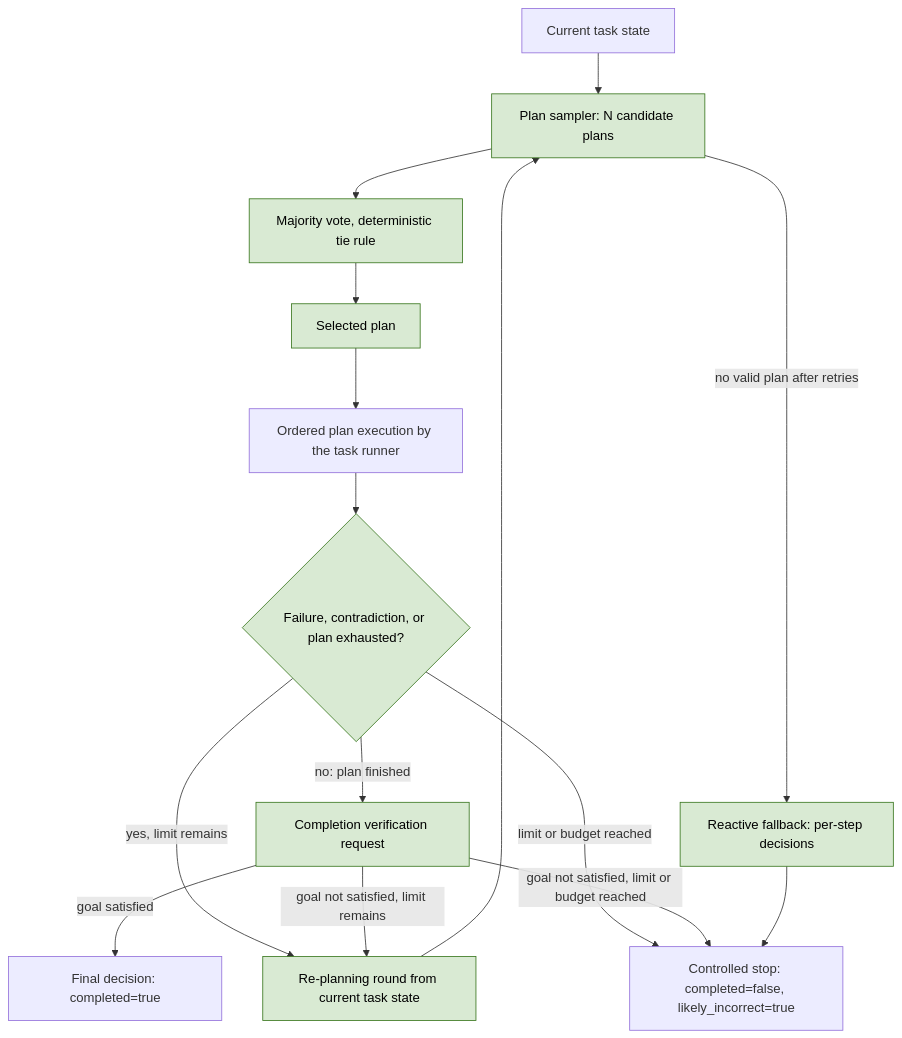
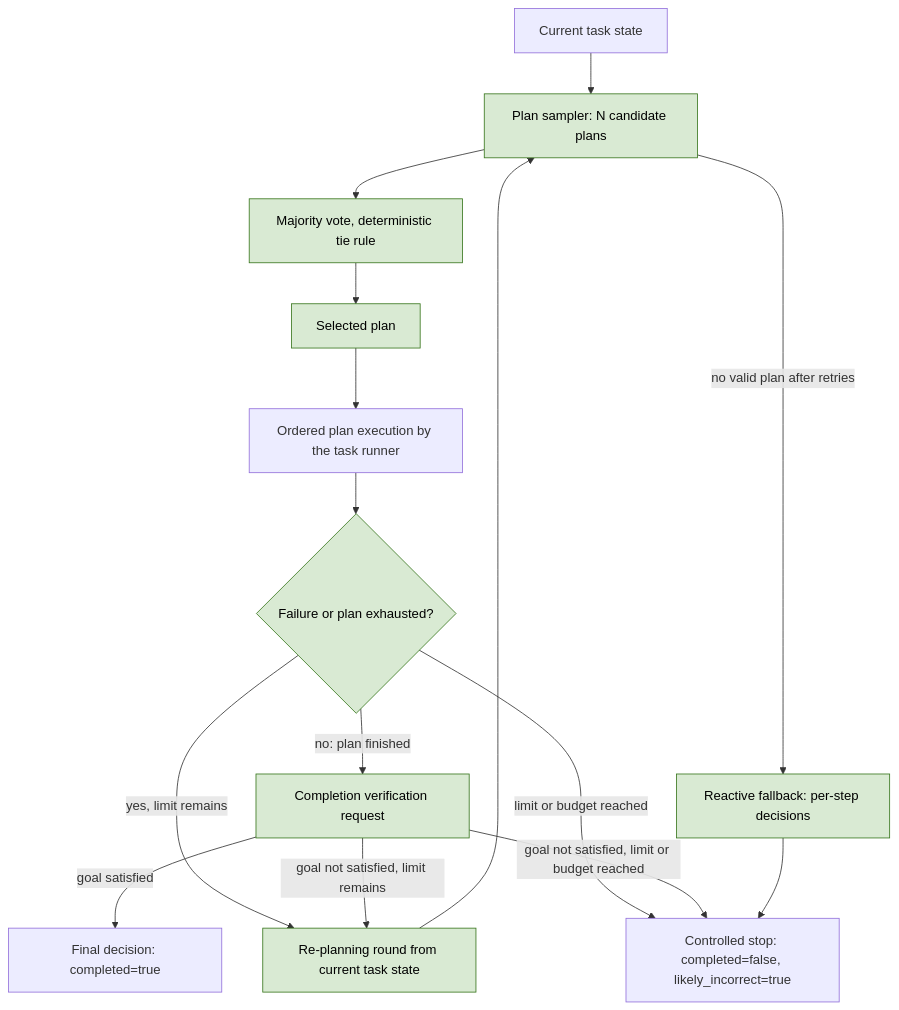
One commit to anton-pershin/reliable-agent changed the second of 2 diagrams in .internal/specs/03-consistent-planning-general-spec.md. Above: the diagram before and after it, drawn with Mermaid. The commit also changed other lines of this file and 11 other files, not shown here.

````diff
--- a/.internal/specs/03-consistent-planning-general-spec.md
+++ b/.internal/specs/03-consistent-planning-general-spec.md
@@ -92,31 +92,31 @@
 ```mermaid
 flowchart TD
   State[Current task state]
   Sampler[Plan sampler: N candidate plans]
   Vote[Majority vote, deterministic tie rule]
   Plan[Selected plan]
   Execute[Ordered plan execution by the task runner]
-  Check{Failure, contradiction, or plan exhausted?}
+  Check{Failure or plan exhausted?}
   Verify[Completion verification request]
   Final[Final decision: completed=true]
   Replan[Re-planning round from current task state]
   Reactive[Reactive fallback: per-step decisions]
   Stop[Controlled stop: completed=false, likely_incorrect=true]
 
   State --> Sampler
   Sampler --> Vote
   Vote --> Plan
   Plan --> Execute
   Sampler -->|no valid plan after retries| Reactive
   Execute --> Check
   Check -->|no: plan finished| Verify
   Check -->|yes, limit remains| Replan
   Check -->|limit or budget reached| Stop
   Verify -->|goal satisfied| Final
   Verify -->|goal not satisfied, limit remains| Replan
   Verify -->|goal not satisfied, limit or budget reached| Stop
   Replan --> Sampler
   Reactive --> Stop
   classDef created fill:#d9ead3,stroke:#38761d,color:#000000
   class Sampler,Vote,Plan,Check,Verify,Replan,Reactive created
 ```
````
